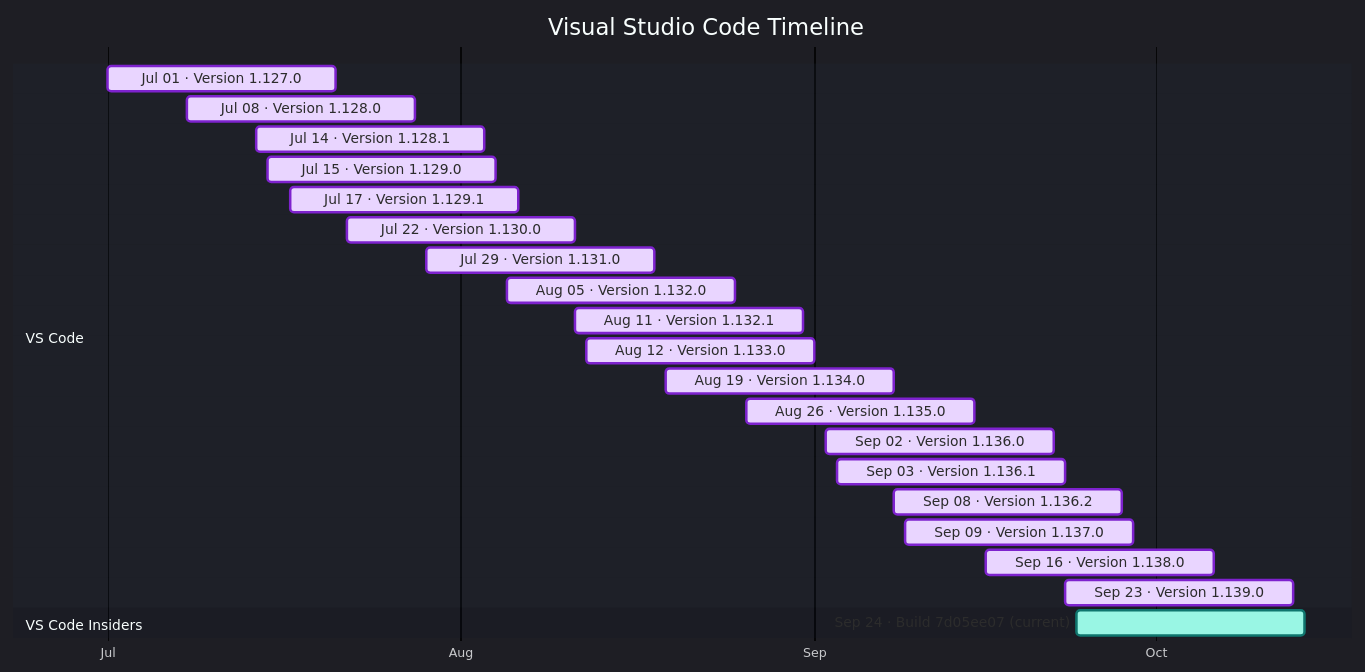
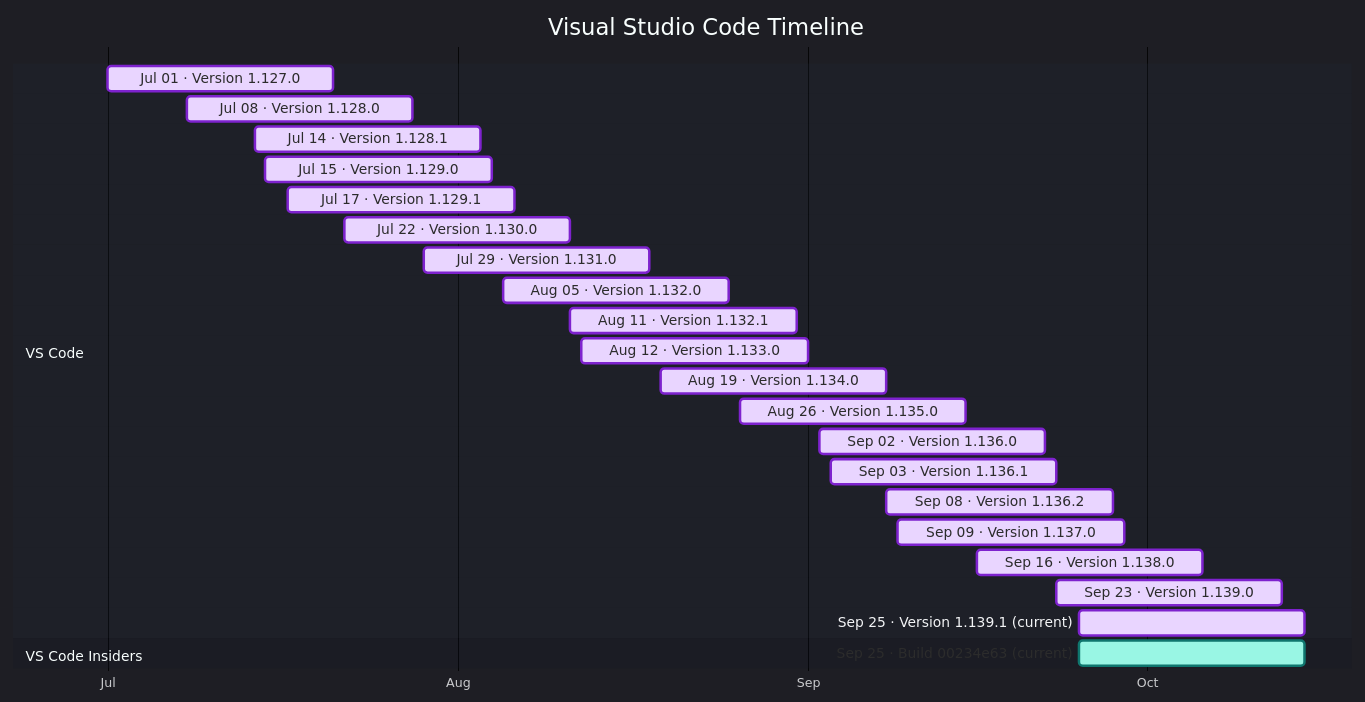
Before and after one commit to Oxelya-DevTools/VisualStudioUpdate: the diagram in docs/vscode.md, drawn with Mermaid. The commit also changed other lines of this file and 1 other file, not shown here.

````diff
--- a/docs/vscode.md
+++ b/docs/vscode.md
@@ -9,29 +9,30 @@
 ```mermaid
 %%{init: {'theme':'dark','themeVariables': { 'fontFamily': 'Segoe UI', 'fontSize': '24px', 'textColor': '#F3F4F6', 'titleTextColor': '#FFFFFF', 'taskTextColor': '#111827', 'taskTextLightColor': '#111827', 'taskTextOutsideColor': '#F3F4F6', 'taskBkgColor': '#BAE6FD', 'taskBorderColor': '#0369A1', 'doneTaskBkgColor': '#E9D5FF', 'doneTaskBorderColor': '#7E22CE', 'activeTaskBkgColor': '#99F6E4', 'activeTaskBorderColor': '#0F766E', 'critTaskBkgColor': '#FED7AA', 'critTaskBorderColor': '#C2410C', 'sectionBkgColor': '#1F2937', 'altSectionBkgColor': '#111827', 'gridColor': '#4B5563', 'todayLineColor': '#F87171' }}}%%
 gantt
     title Visual Studio Code Timeline
     dateFormat  YYYY-MM-DD
     axisFormat  %b
     tickInterval 1month
     section VS Code
     Jul 01 · Version 1.127.0 : done, vscode202607010, 2026-07-01, 20d
     Jul 08 · Version 1.128.0 : done, vscode202607081, 2026-07-08, 20d
     Jul 14 · Version 1.128.1 : done, vscode202607142, 2026-07-14, 20d
     Jul 15 · Version 1.129.0 : done, vscode202607153, 2026-07-15, 20d
     Jul 17 · Version 1.129.1 : done, vscode202607174, 2026-07-17, 20d
     Jul 22 · Version 1.130.0 : done, vscode202607225, 2026-07-22, 20d
     Jul 29 · Version 1.131.0 : done, vscode202607296, 2026-07-29, 20d
     Aug 05 · Version 1.132.0 : done, vscode202608057, 2026-08-05, 20d
     Aug 11 · Version 1.132.1 : done, vscode202608118, 2026-08-11, 20d
     Aug 12 · Version 1.133.0 : done, vscode202608129, 2026-08-12, 20d
     Aug 19 · Version 1.134.0 : done, vscode2026081910, 2026-08-19, 20d
     Aug 26 · Version 1.135.0 : done, vscode2026082611, 2026-08-26, 20d
     Sep 02 · Version 1.136.0 : done, vscode2026090212, 2026-09-02, 20d
     Sep 03 · Version 1.136.1 : done, vscode2026090313, 2026-09-03, 20d
     Sep 08 · Version 1.136.2 : done, vscode2026090814, 2026-09-08, 20d
     Sep 09 · Version 1.137.0 : done, vscode2026090915, 2026-09-09, 20d
     Sep 16 · Version 1.138.0 : done, vscode2026091616, 2026-09-16, 20d
     Sep 23 · Version 1.139.0 : done, vscode2026092317, 2026-09-23, 20d
+    Sep 25 · Version 1.139.1 (current) : done, vscode2026092518, 2026-09-25, 20d
     section VS Code Insiders
-    Sep 24 · Build 7d05ee07 (current) : active, vscodeinsiders202609240, 2026-09-24, 20d
+    Sep 25 · Build 00234e63 (current) : active, vscodeinsiders202609250, 2026-09-25, 20d
 ```
````
